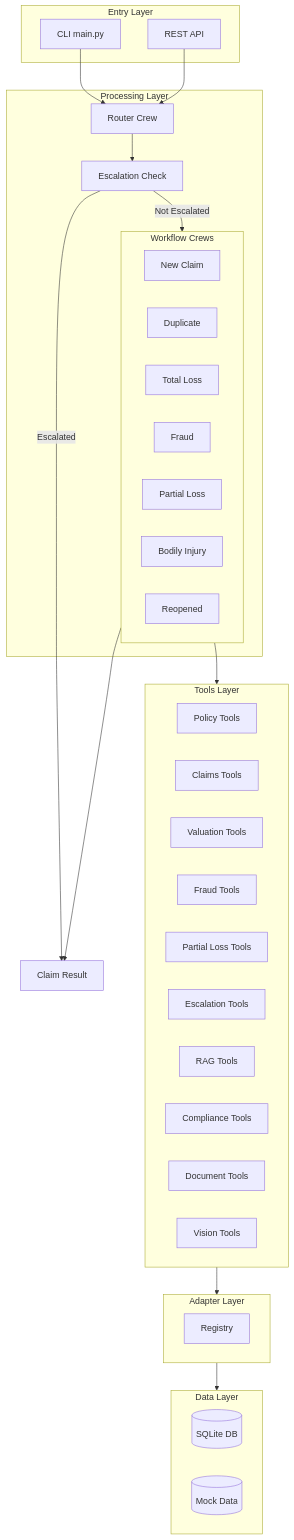
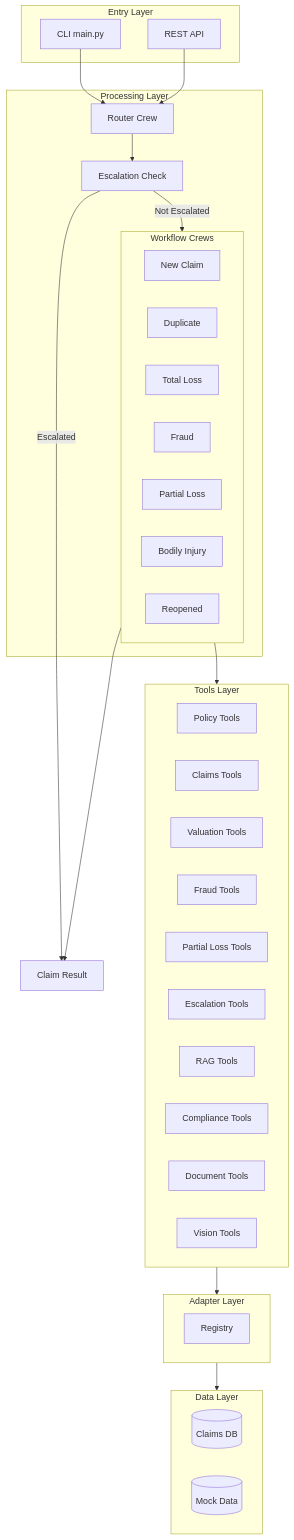
The first of 6 diagrams in docs/architecture.md (csmangum/auto-agent), drawn with Mermaid before and after one commit. The commit also changed other lines of this file and 4 other files, not shown here.

````diff
--- a/docs/architecture.md
+++ b/docs/architecture.md
@@ -7,56 +7,56 @@
 ```mermaid
 flowchart TB
     subgraph Entry["Entry Layer"]
         CLI[CLI main.py]
         API[REST API]
     end
 
     subgraph Processing["Processing Layer"]
         Router[Router Crew]
         Escalation[Escalation Check]
 
         subgraph Workflows["Workflow Crews"]
             New[New Claim]
             Dup[Duplicate]
             TL[Total Loss]
             Fraud[Fraud]
             PL[Partial Loss]
             BI[Bodily Injury]
             Reopened[Reopened]
         end
     end
 
     subgraph Tools["Tools Layer"]
         Policy[Policy Tools]
         Claims[Claims Tools]
         Valuation[Valuation Tools]
         FraudTools[Fraud Tools]
         PLTools[Partial Loss Tools]
         EscalationTools[Escalation Tools]
         RAGTools[RAG Tools]
         ComplianceTools[Compliance Tools]
         DocumentTools[Document Tools]
         VisionTools[Vision Tools]
     end
 
     subgraph Adapters["Adapter Layer"]
         AdapterRegistry[Registry]
     end
 
     subgraph Data["Data Layer"]
-        SQLite[(SQLite DB)]
+        DB[(Claims DB)]
         MockDB[(Mock Data)]
     end
 
     ClaimResult[Claim Result]
 
     CLI --> Router
     API --> Router
     Router --> Escalation
     Escalation -->|Escalated| ClaimResult
     Escalation -->|Not Escalated| Workflows
     Workflows --> ClaimResult
     Workflows --> Tools
     Tools --> Adapters
     Adapters --> Data
 ```
````
